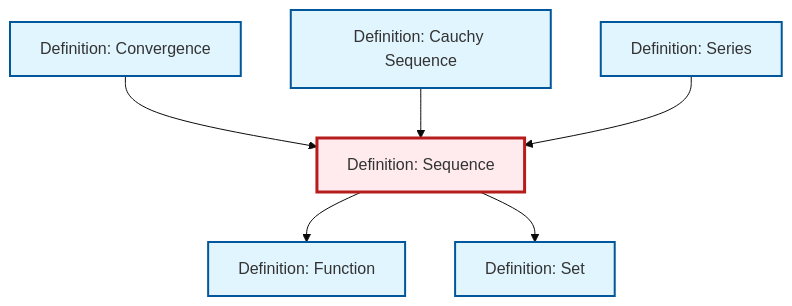
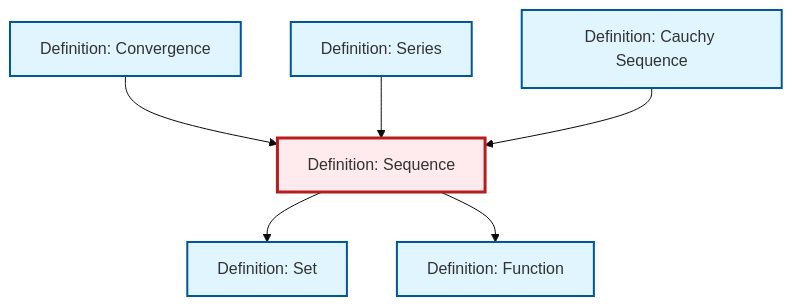
One commit to RK0429/ModernMath changed the diagram in content/ja/analysis/def-sequence.qmd. Above: the diagram before and after it, drawn with Mermaid (base theme). The commit also changed other lines of this file and 619 other files, not shown here.

````diff
--- a/content/ja/analysis/def-sequence.qmd
+++ b/content/ja/analysis/def-sequence.qmd
@@ -77,26 +77,26 @@
 ```{mermaid}
 %%| fig-cap: "Local dependency graph"
 graph TD
     classDef definition fill:#e1f5fe,stroke:#01579b,stroke-width:2px
     classDef theorem fill:#f3e5f5,stroke:#4a148c,stroke-width:2px
     classDef axiom fill:#fff3e0,stroke:#e65100,stroke-width:2px
     classDef example fill:#e8f5e9,stroke:#1b5e20,stroke-width:2px
     classDef current fill:#ffebee,stroke:#b71c1c,stroke-width:3px
+    def-set["Definition: Set"]:::definition
+    def-convergence["Definition: Convergence"]:::definition
+    def-cauchy-sequence["Definition: Cauchy Sequence"]:::definition
+    def-sequence["Definition: Sequence"]:::definition
     def-series["Definition: Series"]:::definition
     def-function["Definition: Function"]:::definition
-    def-set["Definition: Set"]:::definition
-    def-cauchy-sequence["Definition: Cauchy Sequence"]:::definition
-    def-convergence["Definition: Convergence"]:::definition
-    def-sequence["Definition: Sequence"]:::definition
+    def-sequence --> def-set
     def-convergence --> def-sequence
     def-sequence --> def-function
-    def-sequence --> def-set
+    def-series --> def-sequence
     def-cauchy-sequence --> def-sequence
-    def-series --> def-sequence
     class def-sequence current
+    click def-set "def-set.html" "Definition: Setへ"
+    click def-convergence "def-convergence.html" "Definition: Convergenceへ"
+    click def-cauchy-sequence "def-cauchy-sequence.html" "Definition: Cauchy Sequenceへ"
     click def-series "def-series.html" "Definition: Seriesへ"
     click def-function "def-function.html" "Definition: Functionへ"
-    click def-set "def-set.html" "Definition: Setへ"
-    click def-cauchy-sequence "def-cauchy-sequence.html" "Definition: Cauchy Sequenceへ"
-    click def-convergence "def-convergence.html" "Definition: Convergenceへ"
 ```
````
